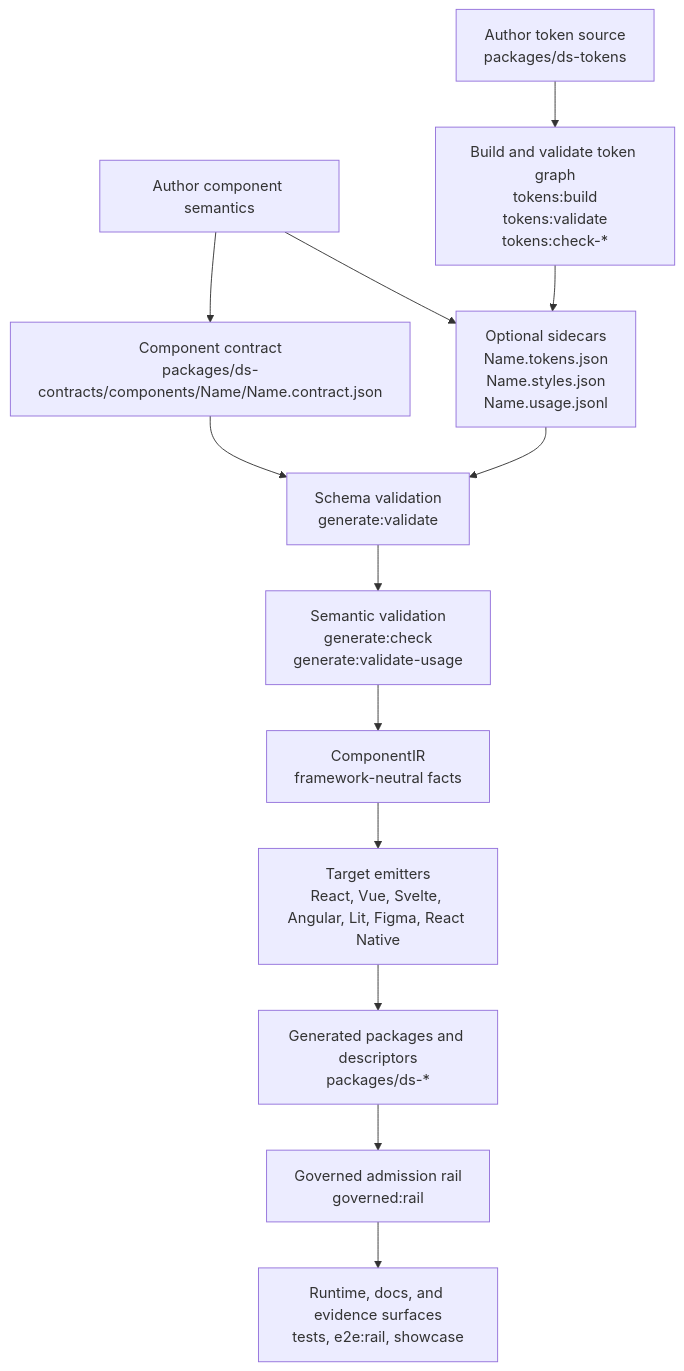
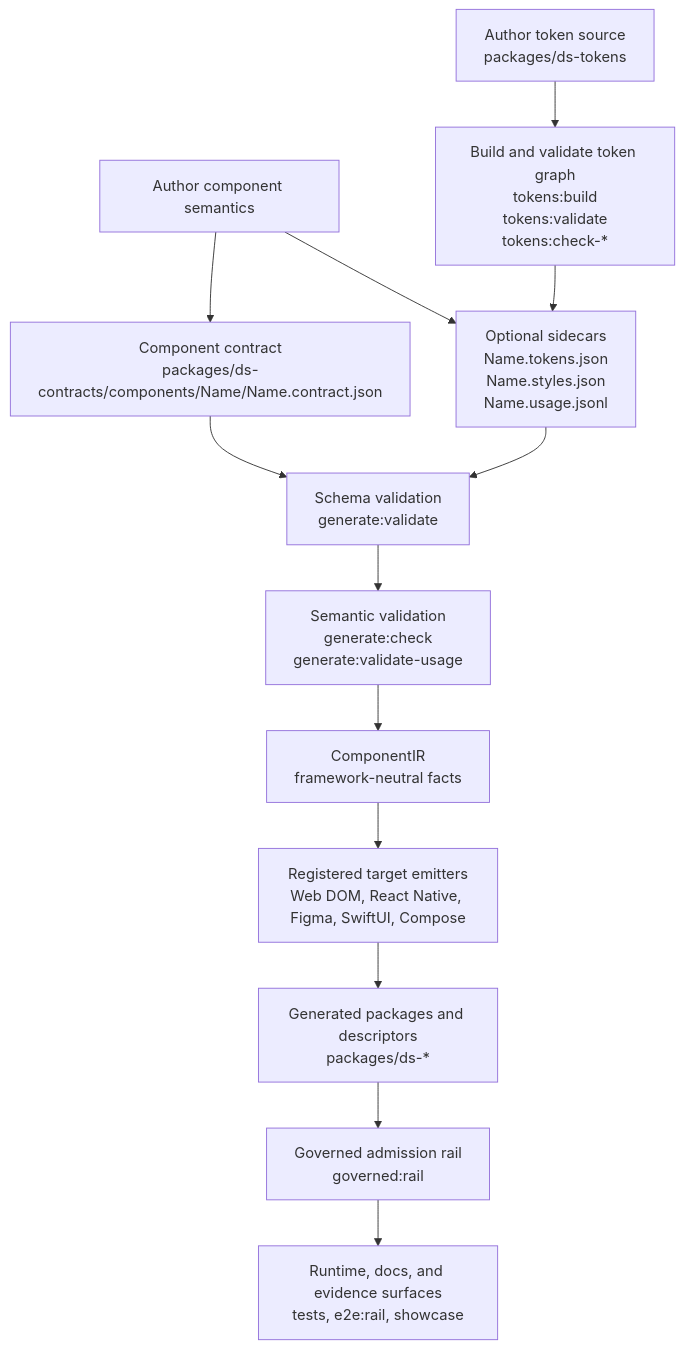
The diagram in README.md (darianrosebrook/full-stack-ds), drawn with Mermaid before and after one commit. The commit also changed other lines of this file and 8 other files, not shown here.

````diff
--- a/README.md
+++ b/README.md
@@ -164,28 +164,28 @@
 ```mermaid
 flowchart TD
   componentAuthor["Author component semantics"]
   contract["Component contract<br/>packages/ds-contracts/components/Name/Name.contract.json"]
   sidecars["Optional sidecars<br/>Name.tokens.json<br/>Name.styles.json<br/>Name.usage.jsonl"]
   tokenAuthor["Author token source<br/>packages/ds-tokens"]
   tokenBuild["Build and validate token graph<br/>tokens:build<br/>tokens:validate<br/>tokens:check-*"]
   schema["Schema validation<br/>generate:validate"]
   semantic["Semantic validation<br/>generate:check<br/>generate:validate-usage"]
   ir["ComponentIR<br/>framework-neutral facts"]
-  emitters["Target emitters<br/>React, Vue, Svelte, Angular, Lit, Figma, React Native"]
+  emitters["Registered target emitters<br/>Web DOM, React Native, Figma, SwiftUI, Compose"]
   generated["Generated packages and descriptors<br/>packages/ds-*"]
   rail["Governed admission rail<br/>governed:rail"]
   evidence["Runtime, docs, and evidence surfaces<br/>tests, e2e:rail, showcase"]
 
   componentAuthor --> contract
   componentAuthor --> sidecars
   tokenAuthor --> tokenBuild
   tokenBuild --> sidecars
   contract --> schema
   sidecars --> schema
   schema --> semantic
   semantic --> ir
   ir --> emitters
   emitters --> generated
   generated --> rail
   rail --> evidence
 ```
````
